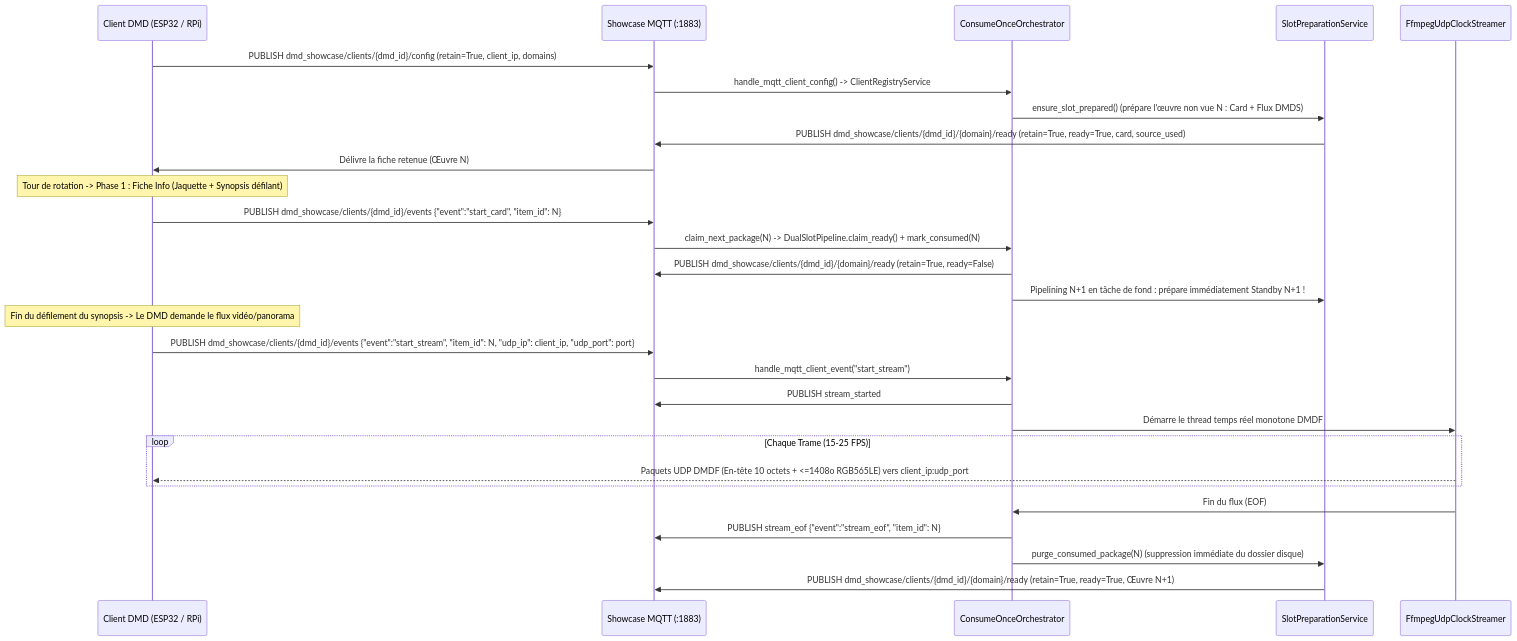
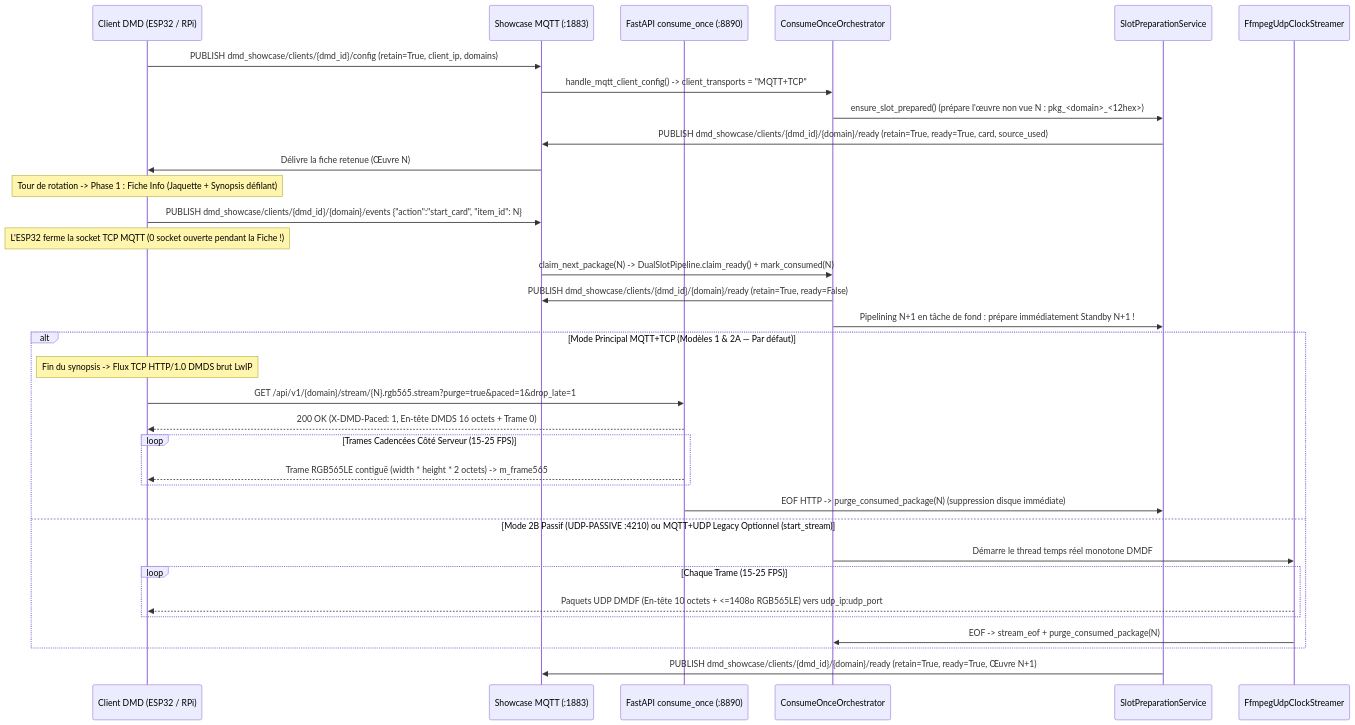
Before and after one commit to red77290/dmd_media_showcase: the second of 2 diagrams in docs/ARCHITECTURE_FR.md, drawn with Mermaid. The commit also changed other lines of this file and 26 other files, not shown here.

First line of the commit message:
feat(stream): align default ESP32 transport on MQTT+TCP DMDS and compact item_id

````diff
--- a/docs/ARCHITECTURE_FR.md
+++ b/docs/ARCHITECTURE_FR.md
@@ -133,33 +145,39 @@
 ```mermaid
 sequenceDiagram
     participant DMD as Client DMD (ESP32 / RPi)
     participant MQTT as Showcase MQTT (:1883)
+    participant HTTP as FastAPI consume_once (:8890)
     participant ORCH as ConsumeOnceOrchestrator
     participant PREP as SlotPreparationService
     participant FFMPEG as FfmpegUdpClockStreamer
 
     DMD->>MQTT: PUBLISH dmd_showcase/clients/{dmd_id}/config (retain=True, client_ip, domains)
-    MQTT->>ORCH: handle_mqtt_client_config() -> ClientRegistryService
-    ORCH->>PREP: ensure_slot_prepared() (prépare l'œuvre non vue N : Card + Flux DMDS)
+    MQTT->>ORCH: handle_mqtt_client_config() -> client_transports = "MQTT+TCP"
+    ORCH->>PREP: ensure_slot_prepared() (prépare l'œuvre non vue N : pkg_<domain>_<12hex>)
     PREP->>MQTT: PUBLISH dmd_showcase/clients/{dmd_id}/{domain}/ready (retain=True, ready=True, card, source_used)
     MQTT->>DMD: Délivre la fiche retenue (Œuvre N)
 
     Note over DMD: Tour de rotation -> Phase 1 : Fiche Info (Jaquette + Synopsis défilant)
-    DMD->>MQTT: PUBLISH dmd_showcase/clients/{dmd_id}/events {"event":"start_card", "item_id": N}
+    DMD->>MQTT: PUBLISH dmd_showcase/clients/{dmd_id}/{domain}/events {"action":"start_card", "item_id": N}
+    Note over DMD: L'ESP32 ferme la socket TCP MQTT (0 socket ouverte pendant la Fiche !)
     MQTT->>ORCH: claim_next_package(N) -> DualSlotPipeline.claim_ready() + mark_consumed(N)
     ORCH->>MQTT: PUBLISH dmd_showcase/clients/{dmd_id}/{domain}/ready (retain=True, ready=False)
     ORCH->>PREP: Pipelining N+1 en tâche de fond : prépare immédiatement Standby N+1 !
 
-    Note over DMD: Fin du défilement du synopsis -> Le DMD demande le flux vidéo/panorama
-    DMD->>MQTT: PUBLISH dmd_showcase/clients/{dmd_id}/events {"event":"start_stream", "item_id": N, "udp_ip": client_ip, "udp_port": port}
-    MQTT->>ORCH: handle_mqtt_client_event("start_stream")
-    ORCH->>MQTT: PUBLISH stream_started
-    ORCH->>FFMPEG: Démarre le thread temps réel monotone DMDF
-    loop Chaque Trame (15-25 FPS)
-        FFMPEG-->>DMD: Paquets UDP DMDF (En-tête 10 octets + <=1408o RGB565LE) vers client_ip:udp_port
+    alt Mode Principal MQTT+TCP (Modèles 1 & 2A — Par défaut)
+        Note over DMD: Fin du synopsis -> Flux TCP HTTP/1.0 DMDS brut LwIP
+        DMD->>HTTP: GET /api/v1/{domain}/stream/{N}.rgb565.stream?purge=true&paced=1&drop_late=1
+        HTTP-->>DMD: 200 OK (X-DMD-Paced: 1, En-tête DMDS 16 octets + Trame 0)
+        loop Trames Cadencées Côté Serveur (15-25 FPS)
+            HTTP-->>DMD: Trame RGB565LE contiguë (width * height * 2 octets) -> m_frame565
+        end
+        HTTP->>PREP: EOF HTTP -> purge_consumed_package(N) (suppression disque immédiate)
+    else Mode 2B Passif (UDP-PASSIVE :4210) ou MQTT+UDP Legacy Optionnel (start_stream)
+        ORCH->>FFMPEG: Démarre le thread temps réel monotone DMDF
+        loop Chaque Trame (15-25 FPS)
+            FFMPEG-->>DMD: Paquets UDP DMDF (En-tête 10 octets + <=1408o RGB565LE) vers udp_ip:udp_port
+        end
+        FFMPEG->>ORCH: EOF -> stream_eof + purge_consumed_package(N)
     end
-    FFMPEG->>ORCH: Fin du flux (EOF)
-    ORCH->>MQTT: PUBLISH stream_eof {"event":"stream_eof", "item_id": N}
-    ORCH->>PREP: purge_consumed_package(N) (suppression immédiate du dossier disque)
     PREP->>MQTT: PUBLISH dmd_showcase/clients/{dmd_id}/{domain}/ready (retain=True, ready=True, Œuvre N+1)
 ```
````
